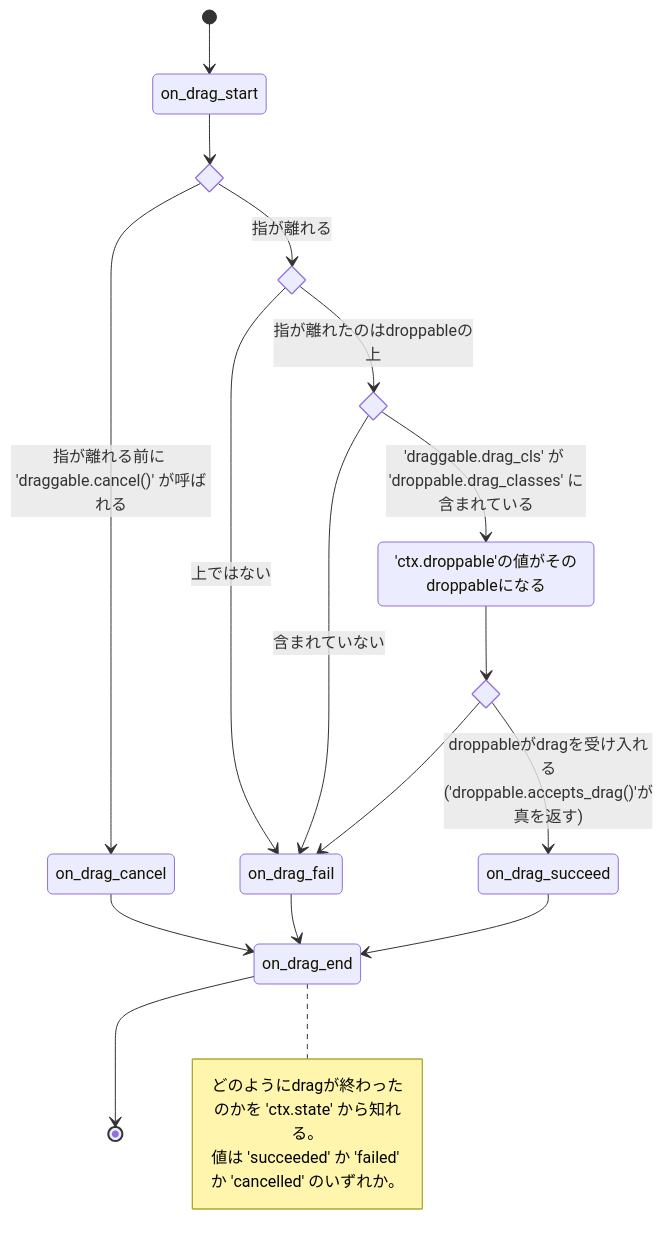
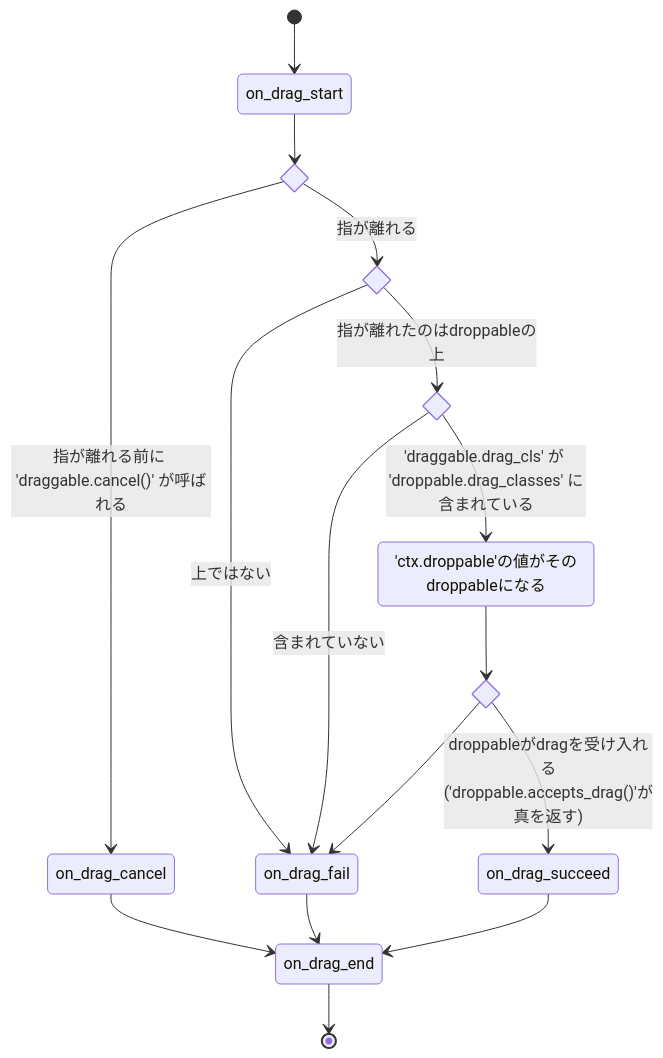
The diagram in README_jp.md (kivy-garden/draggable), drawn with Mermaid before and after one commit. The commit also changed 2 other files, not shown here.

Commit message:
(api-break) replace 'DragContext.state' with 'KXDraggeblaBehavior.drag_state'

````diff
--- a/README_jp.md
+++ b/README_jp.md
@@ -30,33 +30,29 @@
 ```mermaid
 stateDiagram-v2
     state cancelled? <<choice>>
     state on_a_droppable? <<choice>>
     state listed? <<choice>>
     state accepted? <<choice>>
 
     [*] --> on_drag_start
     on_drag_start --> cancelled?
     cancelled? --> on_a_droppable?: 指が離れる
     cancelled? --> on_drag_cancel: 指が離れる前に 'draggable.cancel()' が呼ばれる
 
     on_a_droppable? --> listed?: 指が離れたのはdroppableの上
     on_a_droppable? --> on_drag_fail: 上ではない
 
     droppable_is_set: 'ctx.droppable'の値がそのdroppableになる
     listed? --> droppable_is_set: 'draggable.drag_cls' が 'droppable.drag_classes' に含まれている
     listed? --> on_drag_fail: 含まれていない
 
     droppable_is_set --> accepted?
     accepted? --> on_drag_succeed: droppableがdragを受け入れる('droppable.accepts_drag()'が真を返す)
     accepted? --> on_drag_fail
 
     on_drag_cancel --> on_drag_end
     on_drag_fail --> on_drag_end
     on_drag_succeed --> on_drag_end
 
     on_drag_end --> [*]
-    note right of on_drag_end
-        どのようにdragが終わったのかを 'ctx.state' から知れる。
-        値は 'succeeded' か 'failed' か 'cancelled' のいずれか。
-    end note
 ```
````
